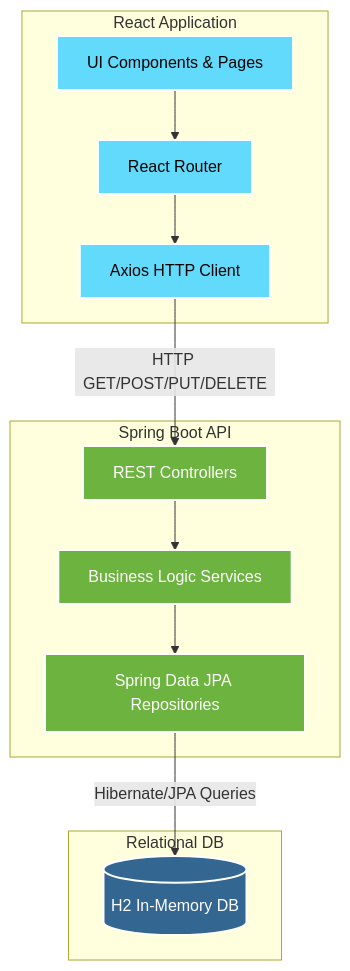
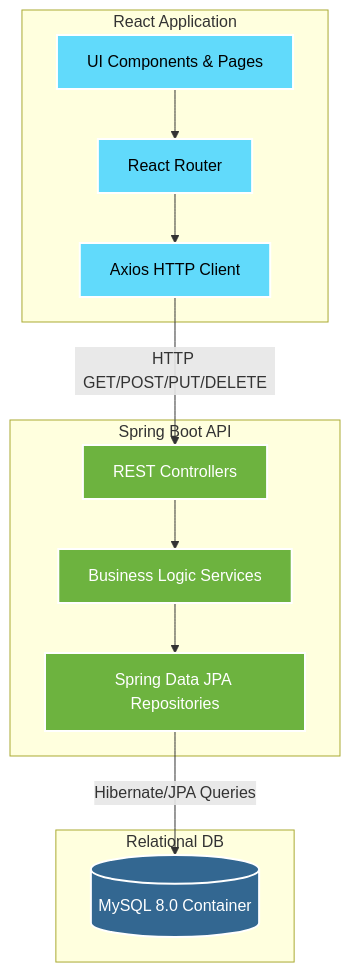
One commit to K-Nishant-18/Traveloop changed the diagram in README.md. Above: the diagram before and after it, drawn with Mermaid. The commit also changed other lines of this file, not shown here.

````diff
--- a/README.md
+++ b/README.md
@@ -36,39 +37,39 @@
 ```mermaid
 graph TD
     %% Frontend Subsystem
     subgraph Frontend [React Application]
         UI[UI Components & Pages]
         Router[React Router]
         Axios[Axios HTTP Client]
         
         UI --> Router
         Router --> Axios
     end
 
     %% Backend Subsystem
     subgraph Backend [Spring Boot API]
         Controllers[REST Controllers]
         Services[Business Logic Services]
         Repos[Spring Data JPA Repositories]
         
         Controllers --> Services
         Services --> Repos
     end
 
     %% Database Subsystem
     subgraph Database [Relational DB]
-        H2[(H2 In-Memory DB)]
+        MySQL[(MySQL 8.0 Container)]
     end
 
     %% Connections
     Axios -- "HTTP GET/POST/PUT/DELETE" --> Controllers
-    Repos -- "Hibernate/JPA Queries" --> H2
+    Repos -- "Hibernate/JPA Queries" --> MySQL
     
     classDef react fill:#61DAFB,stroke:#fff,stroke-width:2px,color:#000;
     classDef spring fill:#6DB33F,stroke:#fff,stroke-width:2px,color:#fff;
     classDef db fill:#336791,stroke:#fff,stroke-width:2px,color:#fff;
     
     class UI,Router,Axios react;
     class Controllers,Services,Repos spring;
-    class H2 db;
+    class MySQL db;
 ```
````
